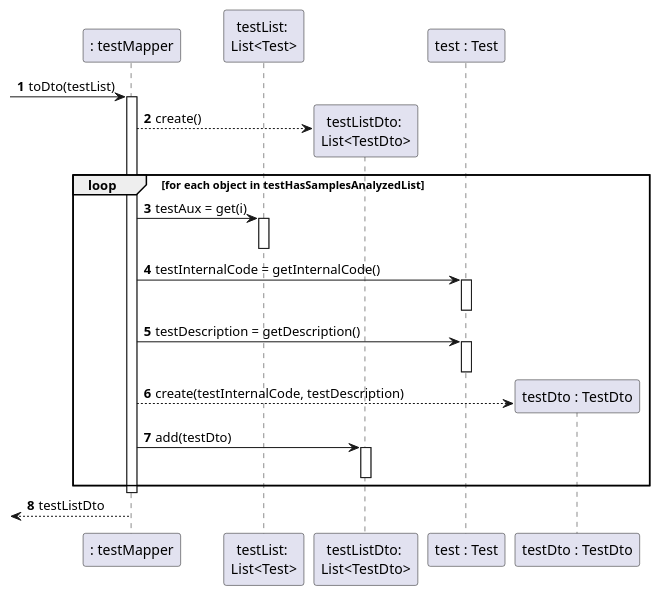
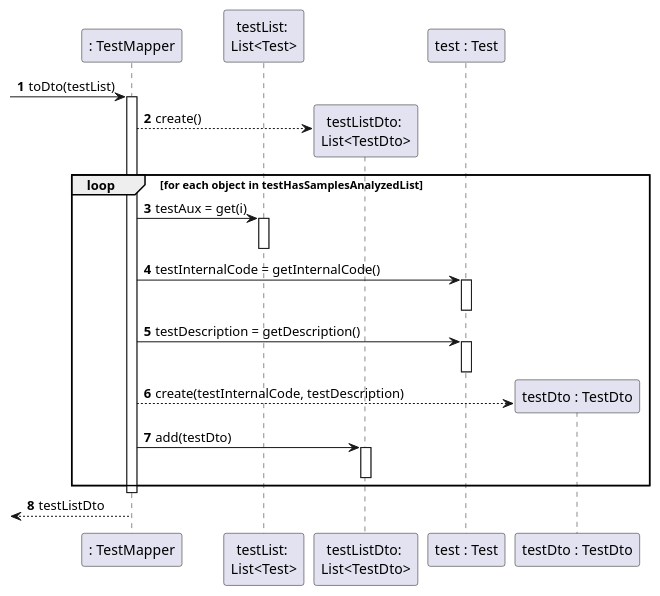
The diagram in docs/SprintD/US1/SD_TestMapper_toDto_List.puml (manu-07-ela/LAPR2_ISEP), drawn with PlantUML before and after one commit. The commit also changed 7 other files, not shown here.

```diff
--- a/docs/SprintD/US1/SD_TestMapper_toDto_List.puml
+++ b/docs/SprintD/US1/SD_TestMapper_toDto_List.puml
@@ -1,33 +1,33 @@
 @startuml
 'https://plantuml.com/sequence-diagram
 'hide footbox
 autonumber
 
-participant ": testMapper" as MAPPER
+participant ": TestMapper" as MAPPER
 participant "testList: \nList<Test>" as LTestSA
 participant "testListDto: \nList<TestDto>" as LTestSADTO
 participant "test : Test" as TEST
 participant "testDto : TestDto" as TESTDTO
 
 -> MAPPER : toDto(testList)
 activate MAPPER
 MAPPER --> LTestSADTO** : create()
 loop for each object in testHasSamplesAnalyzedList
 MAPPER -> LTestSA : testAux = get(i)
 activate LTestSA
 deactivate LTestSA
 MAPPER -> TEST : testInternalCode = getInternalCode()
 activate TEST
 deactivate TEST
 MAPPER -> TEST : testDescription = getDescription()
 activate TEST
 deactivate TEST
 MAPPER --> TESTDTO** : create(testInternalCode, testDescription)
 MAPPER -> LTestSADTO : add(testDto)
 activate LTestSADTO
 deactivate LTestSADTO
 end
 deactivate MAPPER
 <-- MAPPER : testListDto
 
 @enduml
```
